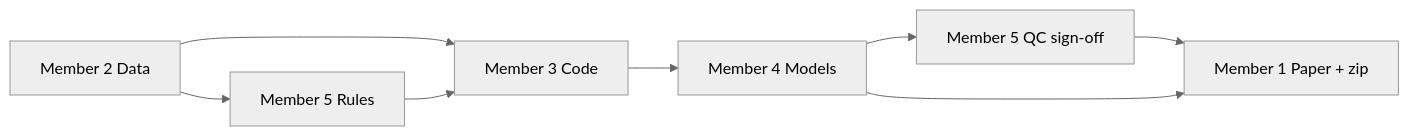
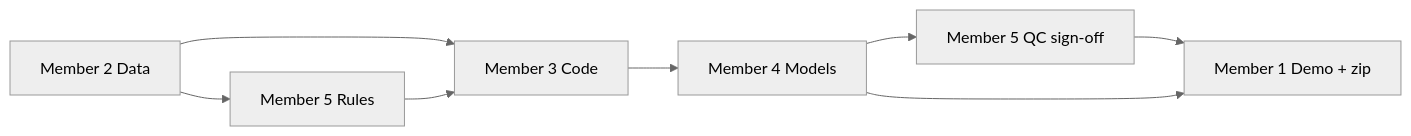
The diagram in DETAILED_WORK_DISTRIBUTION.md (LamiyaR/csc215-bravo-salary-ml), drawn with Mermaid (neutral theme) before and after one commit. The commit also changed other lines of this file and 2 other files, not shown here.

First line of the commit message:
docs: equal work split — lead owns inference demo; split prep vs features; shared notes

````diff
--- a/DETAILED_WORK_DISTRIBUTION.md
+++ b/DETAILED_WORK_DISTRIBUTION.md
@@ -64,16 +65,16 @@
 ```mermaid
 flowchart LR
   M2[Member 2 Data]
   M5a[Member 5 Rules]
   M3[Member 3 Code]
   M4[Member 4 Models]
   M5b[Member 5 QC sign-off]
-  M1[Member 1 Paper + zip]
+  M1[Member 1 Demo + zip]
   M2 --> M3
   M5a --> M3
   M2 --> M5a
   M3 --> M4
   M4 --> M5b
   M5b --> M1
   M4 --> M1
 ```
````
